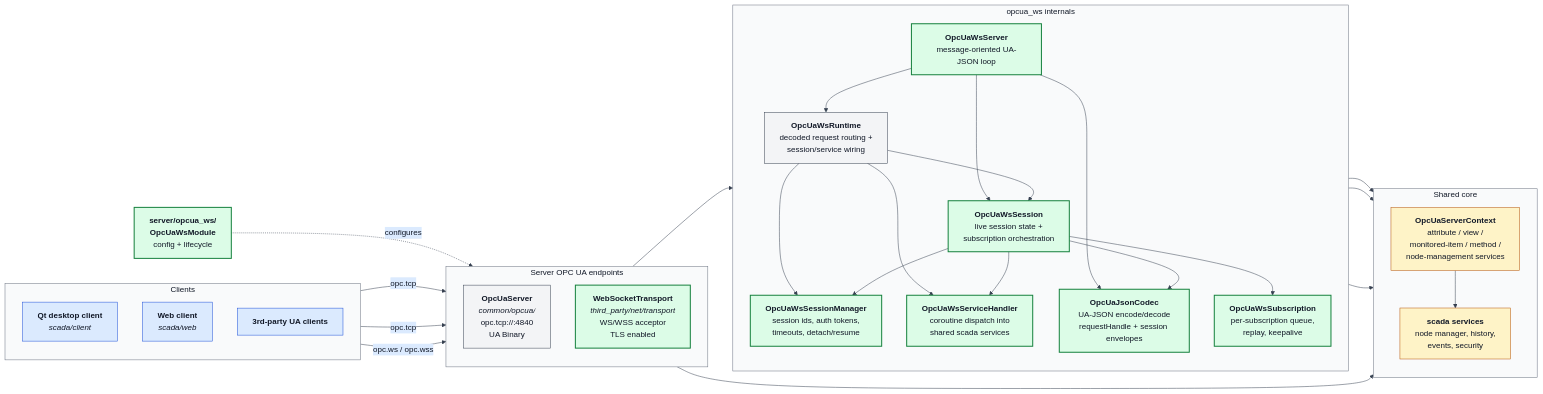
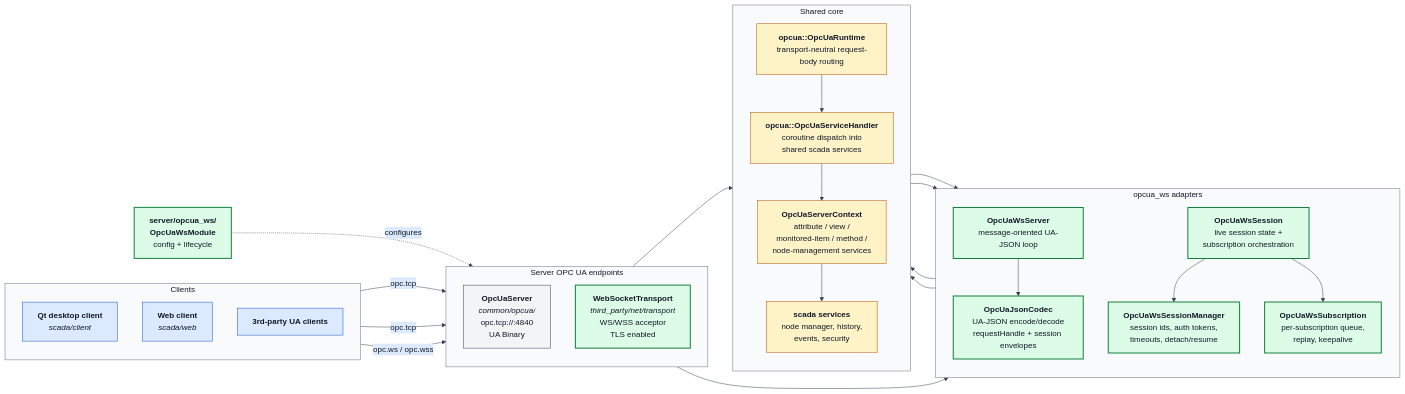
Before and after one commit to alexsmn/scada-common: the diagram in docs/opcua_ws_architecture.mmd, drawn with Mermaid. The commit also changed 18 other files, not shown here.

Commit message:
Promote canonical OPC UA runtime contract

```diff
--- a/docs/opcua_ws_architecture.mmd
+++ b/docs/opcua_ws_architecture.mmd
@@ -1,86 +1,82 @@
 %%{init: {
   'theme': 'base',
   'themeVariables': {
     'background': '#ffffff',
     'primaryColor': '#f3f4f6',
     'primaryBorderColor': '#374151',
     'primaryTextColor': '#111827',
     'secondaryColor': '#dbeafe',
     'secondaryBorderColor': '#1d4ed8',
     'secondaryTextColor': '#111827',
     'tertiaryColor': '#fef3c7',
     'tertiaryBorderColor': '#b45309',
     'tertiaryTextColor': '#111827',
     'lineColor': '#374151',
     'defaultLinkColor': '#374151',
     'clusterBkg': '#f9fafb',
     'clusterBorder': '#6b7280',
     'titleColor': '#111827'
   },
   'flowchart': {'htmlLabels': true}
 }}%%
 flowchart LR
     subgraph Clients["Clients"]
         direction TB
         QT["<b>Qt desktop client</b><br/><i>scada/client</i>"]
         WEB["<b>Web client</b><br/><i>scada/web</i>"]
         NATIVE["<b>3rd-party UA clients</b>"]
     end
 
     subgraph Endpoints["Server OPC UA endpoints"]
         direction TB
         TCP["<b>OpcUaServer</b><br/><i>common/opcua/</i><br/>opc.tcp://:4840<br/>UA Binary"]
         WSSOCK["<b>WebSocketTransport</b><br/><i>third_party/net/transport</i><br/>WS/WSS acceptor<br/>TLS enabled"]
     end
 
-    subgraph WsInternals["opcua_ws internals"]
+    subgraph WsInternals["opcua_ws adapters"]
         direction TB
         WS["<b>OpcUaWsServer</b><br/>message-oriented UA-JSON loop"]
         SESS["<b>OpcUaWsSession</b><br/>live session state +<br/>subscription orchestration"]
-        RT["<b>OpcUaWsRuntime</b><br/>decoded request routing +<br/>session/service wiring"]
         SMGR["<b>OpcUaWsSessionManager</b><br/>session ids, auth tokens,<br/>timeouts, detach/resume"]
-        HANDLER["<b>OpcUaWsServiceHandler</b><br/>coroutine dispatch into<br/>shared scada services"]
         SUB["<b>OpcUaWsSubscription</b><br/>per-subscription queue,<br/>replay, keepalive"]
         CODEC["<b>OpcUaJsonCodec</b><br/>UA-JSON encode/decode<br/>requestHandle + session envelopes"]
     end
 
     subgraph Core["Shared core"]
         direction TB
+        RT["<b>opcua::OpcUaRuntime</b><br/>transport-neutral request-body routing"]
+        HANDLER["<b>opcua::OpcUaServiceHandler</b><br/>coroutine dispatch into<br/>shared scada services"]
         CTX["<b>OpcUaServerContext</b><br/>attribute / view /<br/>monitored-item / method /<br/>node-management services"]
         SVC["<b>scada services</b><br/>node manager, history,<br/>events, security"]
     end
 
     MOD["<b>server/opcua_ws/<br/>OpcUaWsModule</b><br/>config + lifecycle"]
 
     QT -->|opc.tcp| TCP
     NATIVE -->|opc.tcp| TCP
     WEB -->|opc.ws / opc.wss| WSSOCK
 
     WSSOCK --> WS
-    WS --> SESS
+    WS --> CODEC
     WS --> RT
     RT --> SESS
     RT --> SMGR
     RT --> HANDLER
     SESS --> SMGR
-    SESS --> HANDLER
-    WS --> CODEC
     SESS --> SUB
-    SESS --> CODEC
     HANDLER --> CTX
     SMGR --> CTX
 
     TCP --> CTX
-    WS --> CTX
     CTX --> SVC
 
     MOD -.configures.-> WSSOCK
 
     classDef clientStyle fill:#dbeafe,stroke:#1d4ed8,color:#111827
     classDef newModule fill:#dcfce7,stroke:#15803d,color:#111827,stroke-width:2px
     classDef existing fill:#f3f4f6,stroke:#374151,color:#111827
     classDef core fill:#fef3c7,stroke:#b45309,color:#111827
     class QT,WEB,NATIVE clientStyle
-    class WSSOCK,WS,SESS,SMGR,HANDLER,SUB,CODEC,MOD newModule
+    class WSSOCK,WS,SESS,SMGR,SUB,CODEC,MOD newModule
     class TCP existing
-    class CTX,SVC core
+    class RT,HANDLER,CTX,SVC core
```
